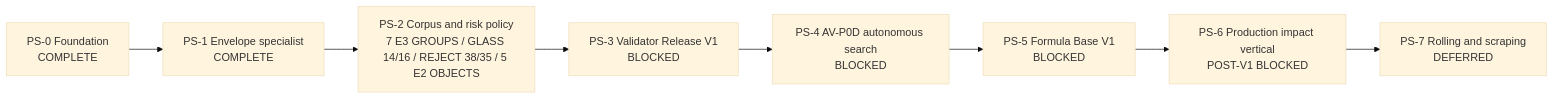
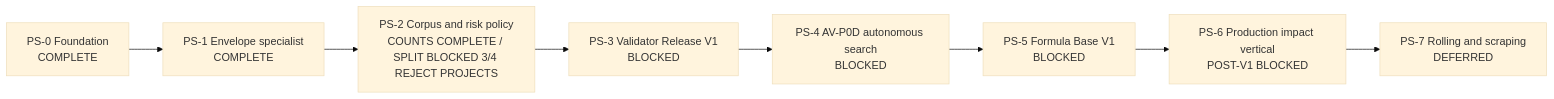
One commit to kaifaty/NextEngine changed the diagram in docs/plans/physical-sound-synthesis-roadmap.md. Above: the diagram before and after it, drawn with Mermaid (base theme). The commit also changed other lines of this file and 21 other files, not shown here.

````diff
--- a/docs/plans/physical-sound-synthesis-roadmap.md
+++ b/docs/plans/physical-sound-synthesis-roadmap.md
@@ -95,10 +95,10 @@
 ```mermaid
 flowchart LR
     PS0["PS-0 Foundation<br/>COMPLETE"] --> PS1["PS-1 Envelope specialist<br/>COMPLETE"]
-    PS1 --> PS2["PS-2 Corpus and risk policy<br/>7 E3 GROUPS / GLASS 14/16 / REJECT 38/35 / 5 E2 OBJECTS"]
+    PS1 --> PS2["PS-2 Corpus and risk policy<br/>COUNTS COMPLETE / SPLIT BLOCKED 3/4 REJECT PROJECTS"]
     PS2 --> PS3["PS-3 Validator Release V1<br/>BLOCKED"]
     PS3 --> PS4["PS-4 AV-P0D autonomous search<br/>BLOCKED"]
     PS4 --> PS5["PS-5 Formula Base V1<br/>BLOCKED"]
     PS5 --> PS6["PS-6 Production impact vertical<br/>POST-V1 BLOCKED"]
     PS6 --> PS7["PS-7 Rolling and scraping<br/>DEFERRED"]
 ```
````
